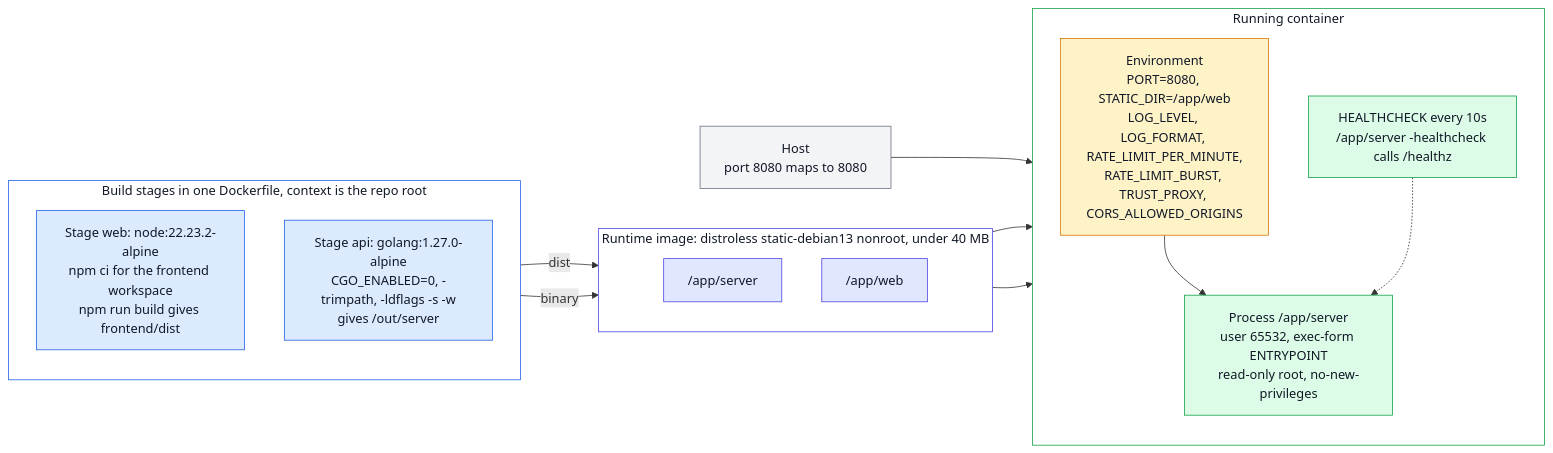
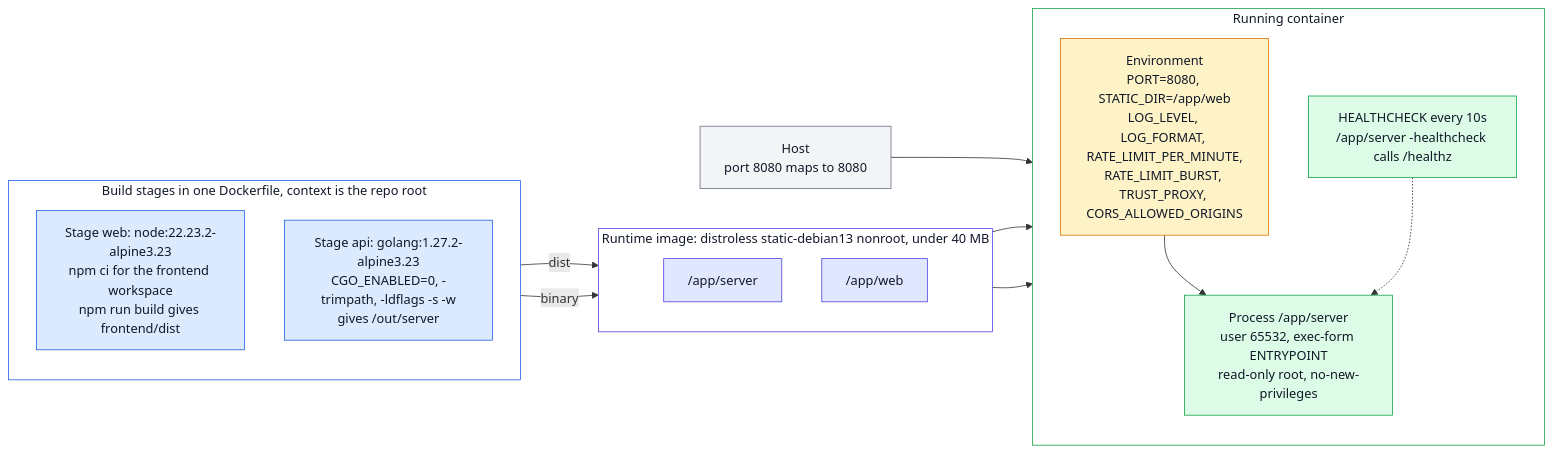
One commit to rodsimonc/sezzle-assessment changed the diagram in docs/diagrams/docker-deployment.mmd. Above: the diagram before and after it, drawn with Mermaid. The commit also changed 44 other files, not shown here.

First line of the commit message:
build: pin patched Go toolchain and Alpine base images, add delivery evals

```diff
--- a/docs/diagrams/docker-deployment.mmd
+++ b/docs/diagrams/docker-deployment.mmd
@@ -1,38 +1,38 @@
 flowchart LR
   subgraph build["Build stages in one Dockerfile, context is the repo root"]
     direction TB
-    web["Stage web: node:22.23.2-alpine<br/>npm ci for the frontend workspace<br/>npm run build gives frontend/dist"]:::stage
-    api["Stage api: golang:1.27.0-alpine<br/>CGO_ENABLED=0, -trimpath, -ldflags -s -w<br/>gives /out/server"]:::stage
+    web["Stage web: node:22.23.2-alpine3.23<br/>npm ci for the frontend workspace<br/>npm run build gives frontend/dist"]:::stage
+    api["Stage api: golang:1.27.2-alpine3.23<br/>CGO_ENABLED=0, -trimpath, -ldflags -s -w<br/>gives /out/server"]:::stage
   end
 
   subgraph image["Runtime image: distroless static-debian13 nonroot, under 40 MB"]
     direction TB
     bin["/app/server"]:::artifact
     dist["/app/web"]:::artifact
   end
 
   subgraph container["Running container"]
     direction TB
     proc["Process /app/server<br/>user 65532, exec-form ENTRYPOINT<br/>read-only root, no-new-privileges"]:::run
     env["Environment<br/>PORT=8080, STATIC_DIR=/app/web<br/>LOG_LEVEL, LOG_FORMAT, RATE_LIMIT_PER_MINUTE,<br/>RATE_LIMIT_BURST, TRUST_PROXY, CORS_ALLOWED_ORIGINS"]:::config
     hc["HEALTHCHECK every 10s<br/>/app/server -healthcheck calls /healthz"]:::run
     env --> proc
     hc -.-> proc
   end
 
   host["Host<br/>port 8080 maps to 8080"]:::host
 
   web -->|"dist"| dist
   api -->|"binary"| bin
   bin --> proc
   dist --> proc
   host --> proc
 
   classDef stage fill:#dbeafe,stroke:#2563eb,color:#111827
   classDef artifact fill:#e0e7ff,stroke:#4f46e5,color:#111827
   classDef run fill:#dcfce7,stroke:#16a34a,color:#111827
   classDef config fill:#fef3c7,stroke:#d97706,color:#111827
   classDef host fill:#f3f4f6,stroke:#6b7280,color:#111827
   style build fill:#ffffff,stroke:#2563eb,color:#111827
   style image fill:#ffffff,stroke:#4f46e5,color:#111827
   style container fill:#ffffff,stroke:#16a34a,color:#111827
```
